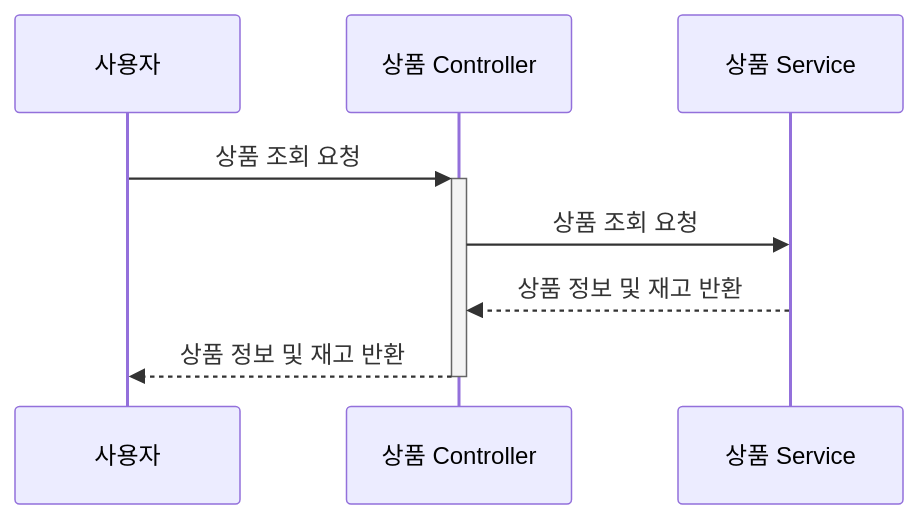
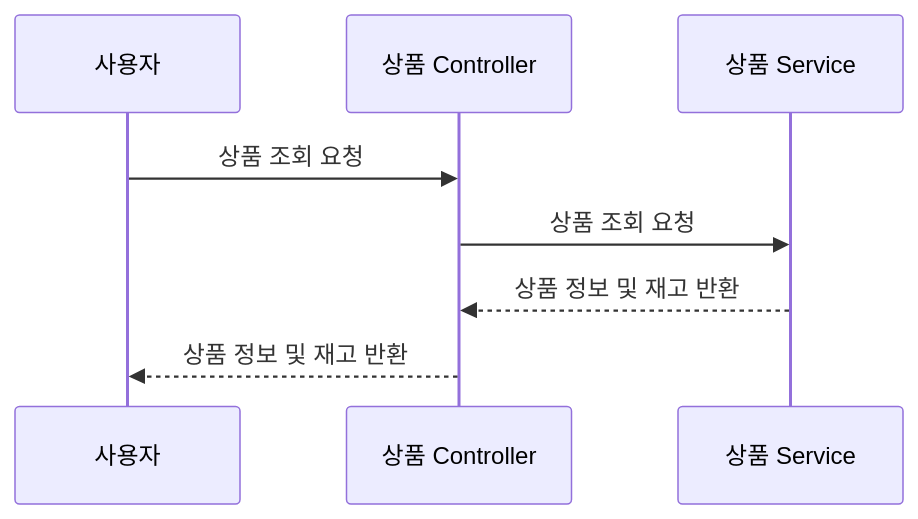
Before and after one commit to Hyuntae-91/ecommerce-practice: the third of 10 diagrams in docs/시퀀스다이어그램.md, drawn with Mermaid. The commit also changed other lines of this file and 7 other files, not shown here.

````diff
--- a/docs/시퀀스다이어그램.md
+++ b/docs/시퀀스다이어그램.md
@@ -44,11 +44,11 @@
 ```mermaid
 sequenceDiagram
   participant P0 as 사용자
   participant P1 as 상품 Controller
   participant P2 as 상품 Service
 
-  P0 ->>+ P1: 상품 조회 요청
+  P0 ->> P1: 상품 조회 요청
   P1 ->> P2: 상품 조회 요청
   P2 -->> P1: 상품 정보 및 재고 반환
-  P1 -->>- P0: 상품 정보 및 재고 반환
+  P1 -->> P0: 상품 정보 및 재고 반환
 ```
````
